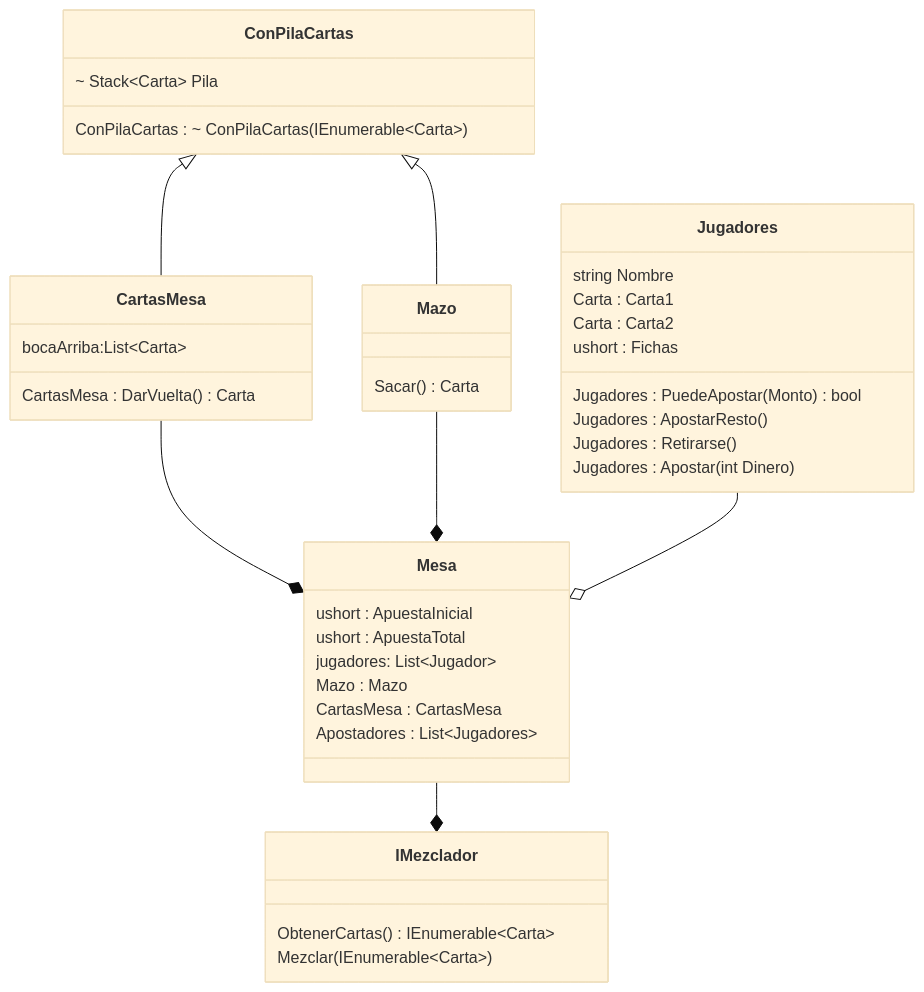
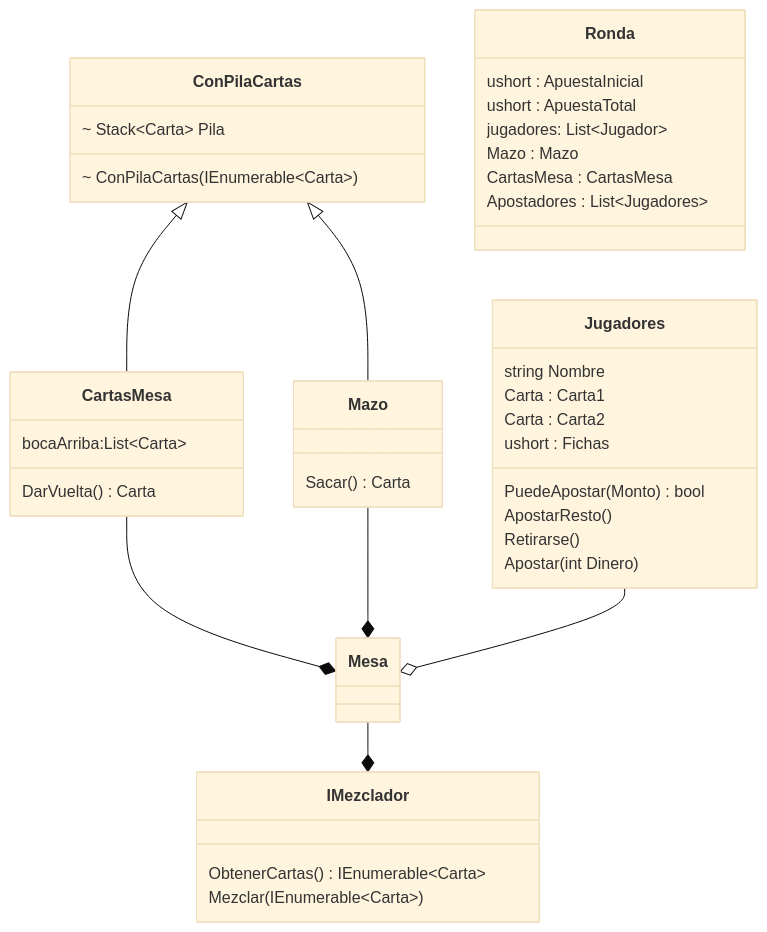
One commit to luchoxx87/Poker12 changed the diagram in README.md. Above: the diagram before and after it, drawn with Mermaid (base theme). The commit also changed other lines of this file, not shown here.

Commit message:
Diagrama Corregido

````diff
--- a/README.md
+++ b/README.md
@@ -2,52 +2,52 @@
 ```mermaid
 classDiagram
 
     ConPilaCartas <|-- CartasMesa
     ConPilaCartas <|-- Mazo
     CartasMesa --* Mesa
     Mazo --* Mesa
     Mesa --* IMezclador
     Jugadores --o Mesa
 
 
     class Jugadores{
         string Nombre
         Carta : Carta1
         Carta : Carta2
         ushort : Fichas
-        Jugadores : PuedeApostar(Monto) bool
-        Jugadores : ApostarResto()
-        Jugadores : Retirarse()
-        Jugadores : Apostar(int Dinero)
+        PuedeApostar(Monto) bool
+        ApostarResto()
+        Retirarse()
+        Apostar(int Dinero)
     }
 
     class IMezclador{
         ObtenerCartas() IEnumerable~Carta~
         Mezclar (IEnumerable~Carta~)
     }
 
     class Mazo{
         Sacar() Carta
     }
 
     class CartasMesa{
         bocaArriba:List~Carta~
-        CartasMesa : DarVuelta() Carta
+        DarVuelta() Carta
     }
 
-    class Mesa{
+    class Ronda{
         ushort : ApuestaInicial
         ushort : ApuestaTotal
         jugadores: List~Jugador~
         Mazo : Mazo
         CartasMesa : CartasMesa
         Apostadores : List~Jugadores~
     }
 
     class ConPilaCartas{
         ~ Stack~Carta~ Pila
-        ConPilaCartas : ~ ConPilaCartas(IEnumerable~Carta~)
+        ~ ConPilaCartas(IEnumerable~Carta~)
     }
 
 
 ```
````
